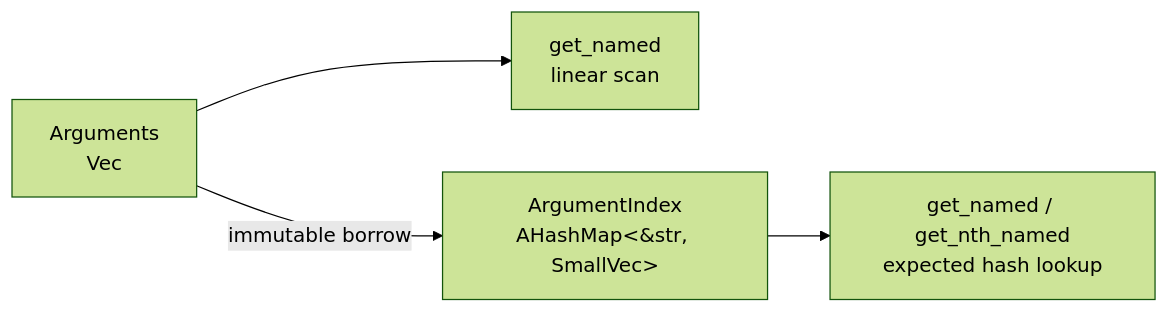
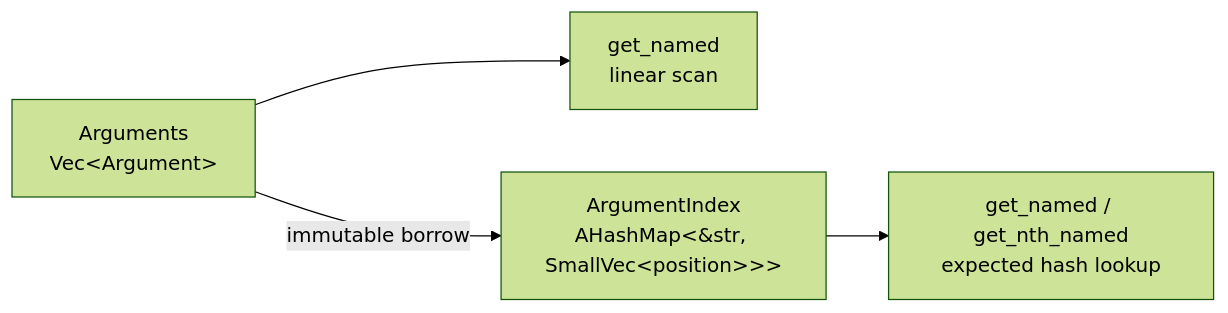
The diagram in docs/arguments.md (kjn-void/gd-rs), drawn with Mermaid (forest theme) before and after one commit. The commit also changed 4 other files, not shown here.

Commit message:
Fix Mermaid generic type labels

````diff
--- a/docs/arguments.md
+++ b/docs/arguments.md
@@ -6,6 +6,6 @@
 ```mermaid
 flowchart LR
-    Args["Arguments\nVec<Argument>"] --> Linear["get_named\nlinear scan"]
-    Args -->|"immutable borrow"| Index["ArgumentIndex\nAHashMap<&str, SmallVec<position>>"]
+    Args["Arguments\nVec&lt;Argument&gt;"] --> Linear["get_named\nlinear scan"]
+    Args -->|"immutable borrow"| Index["ArgumentIndex\nAHashMap&lt;&amp;str, SmallVec&lt;position&gt;&gt;&gt;"]
     Index --> Indexed["get_named / get_nth_named\nexpected hash lookup"]
 ```
````
